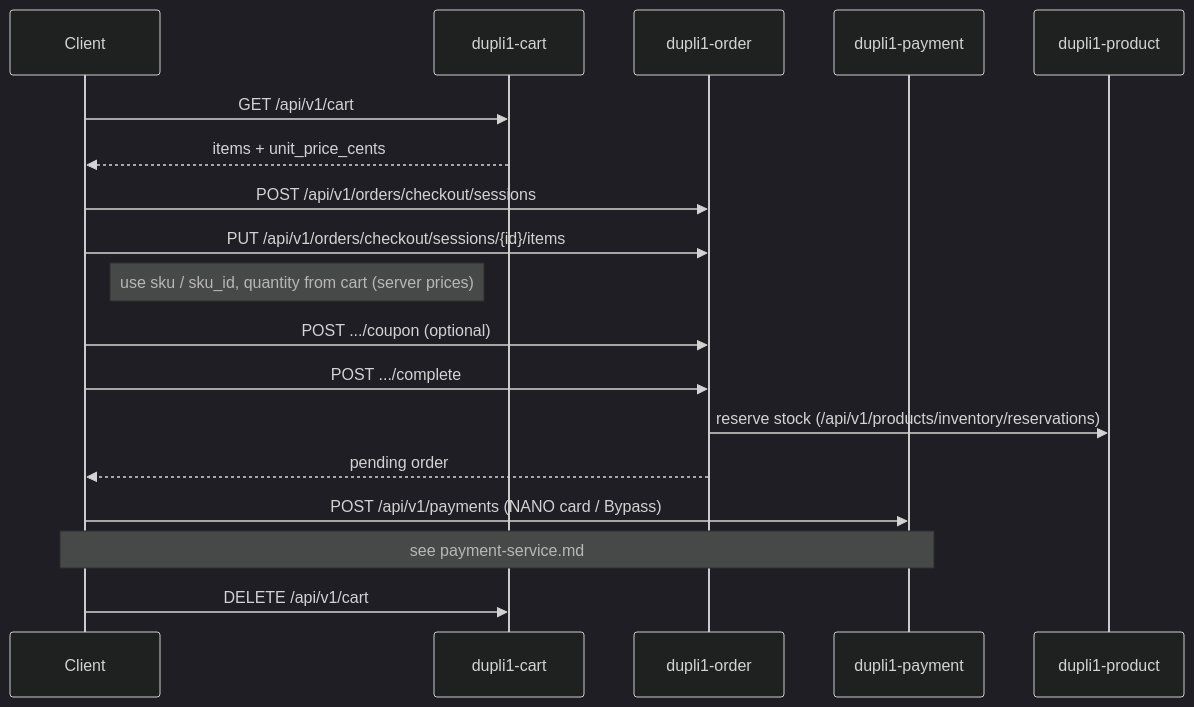
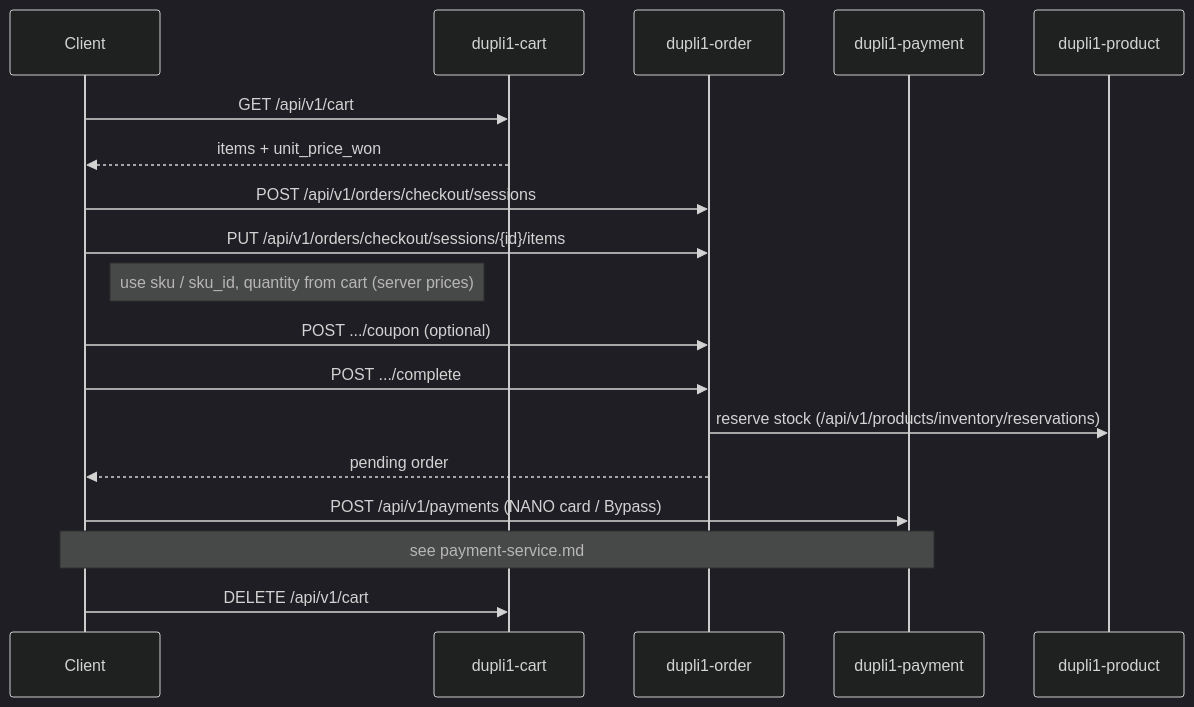
One commit to elug3/dupli1 changed the second of 2 diagrams in docs/cart-service.md. Above: the diagram before and after it, drawn with Mermaid (dark theme). The commit also changed other lines of this file and 98 other files, not shown here.

````diff
--- a/docs/cart-service.md
+++ b/docs/cart-service.md
@@ -268,25 +268,25 @@
 ```mermaid
 sequenceDiagram
     participant Client
     participant Cart as dupli1-cart
     participant Order as dupli1-order
     participant Pay as dupli1-payment
     participant Product as dupli1-product
 
     Client->>Cart: GET /api/v1/cart
-    Cart-->>Client: items + unit_price_cents
+    Cart-->>Client: items + unit_price_won
 
     Client->>Order: POST /api/v1/orders/checkout/sessions
     Client->>Order: PUT /api/v1/orders/checkout/sessions/{id}/items
     Note right of Client: use sku / sku_id, quantity from cart (server prices)
 
     Client->>Order: POST .../coupon (optional)
     Client->>Order: POST .../complete
     Order->>Product: reserve stock (/api/v1/products/inventory/reservations)
     Order-->>Client: pending order
 
     Client->>Pay: POST /api/v1/payments (NANO card / Bypass)
     Note over Client,Pay: see payment-service.md
 
     Client->>Cart: DELETE /api/v1/cart
 ```
````
